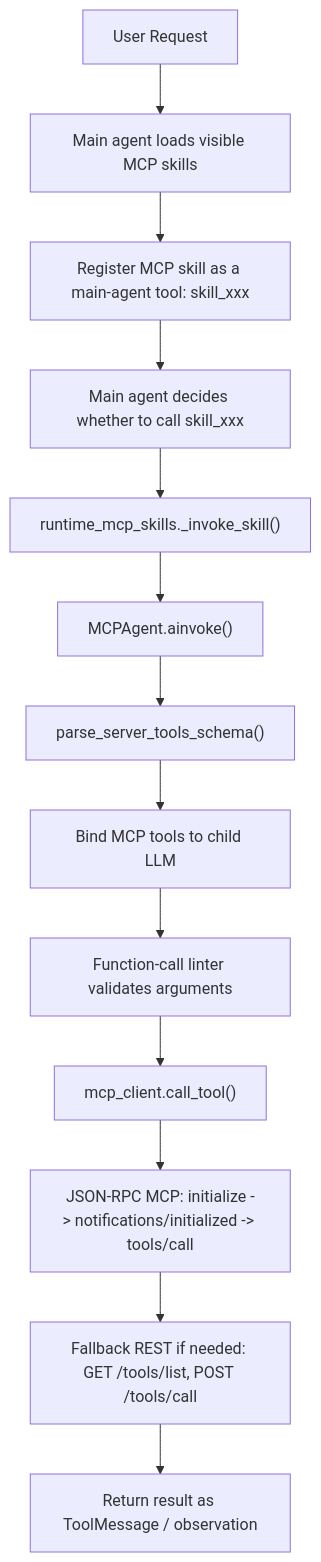
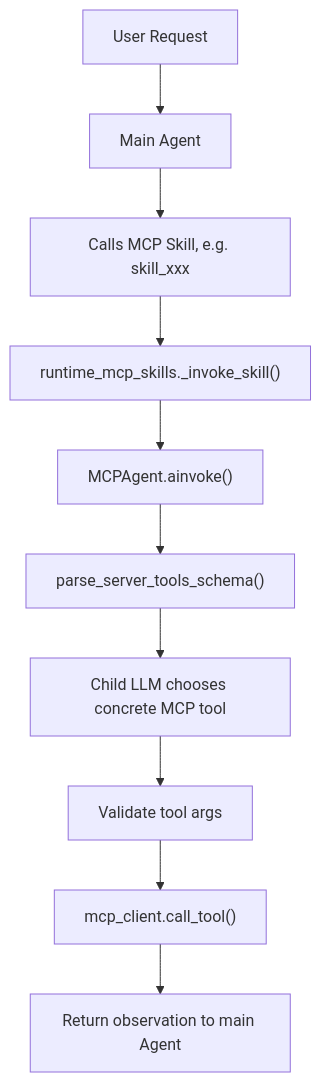
One commit to solution3tl/EverLoop changed the fifth of 5 diagrams in README.md. Above: the diagram before and after it, drawn with Mermaid. The commit also changed other lines of this file, not shown here.

````diff
--- a/README.md
+++ b/README.md
@@ -260,15 +195,12 @@
 ```mermaid
 flowchart TD
-    A[User Request] --> B["Main agent loads visible MCP skills"]
-    B --> C["Register MCP skill as a main-agent tool: skill_xxx"]
-    C --> D["Main agent decides whether to call skill_xxx"]
-    D --> E["runtime_mcp_skills._invoke_skill()"]
-    E --> F["MCPAgent.ainvoke()"]
-    F --> G["parse_server_tools_schema()"]
-    G --> H["Bind MCP tools to child LLM"]
-    H --> I["Function-call linter validates arguments"]
-    I --> J["mcp_client.call_tool()"]
-    J --> K["JSON-RPC MCP: initialize -> notifications/initialized -> tools/call"]
-    K --> L["Fallback REST if needed: GET /tools/list, POST /tools/call"]
-    L --> M["Return result as ToolMessage / observation"]
+    A[User Request] --> B["Main Agent"]
+    B --> C["Calls MCP Skill, e.g. skill_xxx"]
+    C --> D["runtime_mcp_skills._invoke_skill()"]
+    D --> E["MCPAgent.ainvoke()"]
+    E --> F["parse_server_tools_schema()"]
+    F --> G["Child LLM chooses concrete MCP tool"]
+    G --> H["Validate tool args"]
+    H --> I["mcp_client.call_tool()"]
+    I --> J["Return observation to main Agent"]
 ```
````
